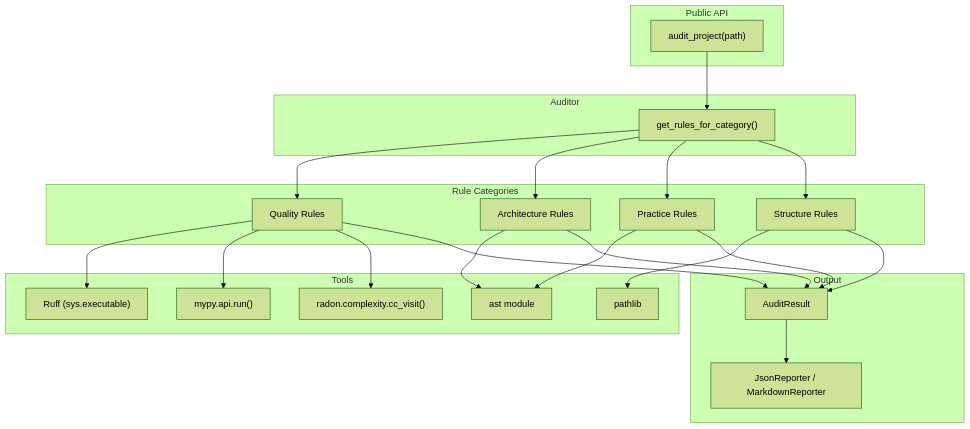
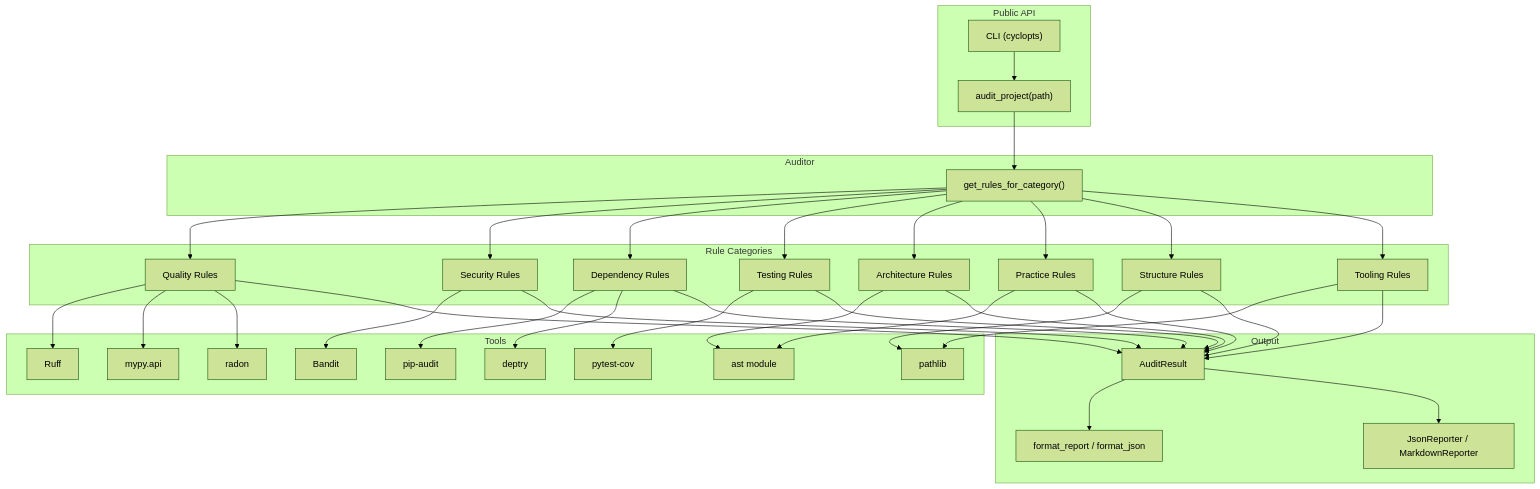
One commit to axm-protocols/axm-audit changed the first of 2 diagrams in docs/explanation/architecture.md. Above: the diagram before and after it, drawn with Mermaid (forest theme). The commit also changed other lines of this file and 12 other files, not shown here.

````diff
--- a/docs/explanation/architecture.md
+++ b/docs/explanation/architecture.md
@@ -7,47 +7,72 @@
 ```mermaid
 graph TD
     subgraph "Public API"
+        CLI["CLI (cyclopts)"]
         AuditFn["audit_project(path)"]
     end
 
     subgraph "Auditor"
         Rules["get_rules_for_category()"]
     end
 
     subgraph "Rule Categories"
         Quality["Quality Rules"]
+        Security["Security Rules"]
+        Deps["Dependency Rules"]
+        Testing["Testing Rules"]
         Arch["Architecture Rules"]
         Practice["Practice Rules"]
         Structure["Structure Rules"]
+        Tooling["Tooling Rules"]
     end
 
     subgraph "Tools"
-        Ruff["Ruff (sys.executable)"]
-        MyPy["mypy.api.run()"]
-        Radon["radon.complexity.cc_visit()"]
+        Ruff["Ruff"]
+        MyPy["mypy.api"]
+        Radon["radon"]
+        Bandit["Bandit"]
+        PipAudit["pip-audit"]
+        Deptry["deptry"]
+        PytestCov["pytest-cov"]
         AST["ast module"]
         FS["pathlib"]
     end
 
     subgraph "Output"
         Result["AuditResult"]
+        Formatters["format_report / format_json"]
         Reporters["JsonReporter / MarkdownReporter"]
     end
 
+    CLI --> AuditFn
     AuditFn --> Rules
     Rules --> Quality
+    Rules --> Security
+    Rules --> Deps
+    Rules --> Testing
     Rules --> Arch
     Rules --> Practice
     Rules --> Structure
+    Rules --> Tooling
     Quality --> Ruff
     Quality --> MyPy
     Quality --> Radon
+    Security --> Bandit
+    Deps --> PipAudit
+    Deps --> Deptry
+    Testing --> PytestCov
     Arch --> AST
     Practice --> AST
     Structure --> FS
+    Tooling --> FS
     Quality --> Result
+    Security --> Result
+    Deps --> Result
+    Testing --> Result
     Arch --> Result
     Practice --> Result
     Structure --> Result
+    Tooling --> Result
+    Result --> Formatters
     Result --> Reporters
 ```
````
